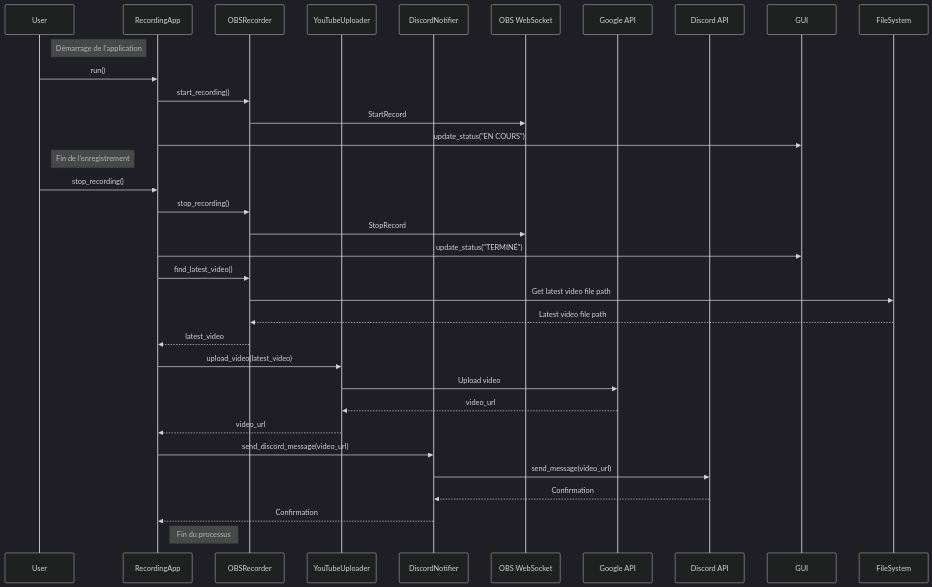
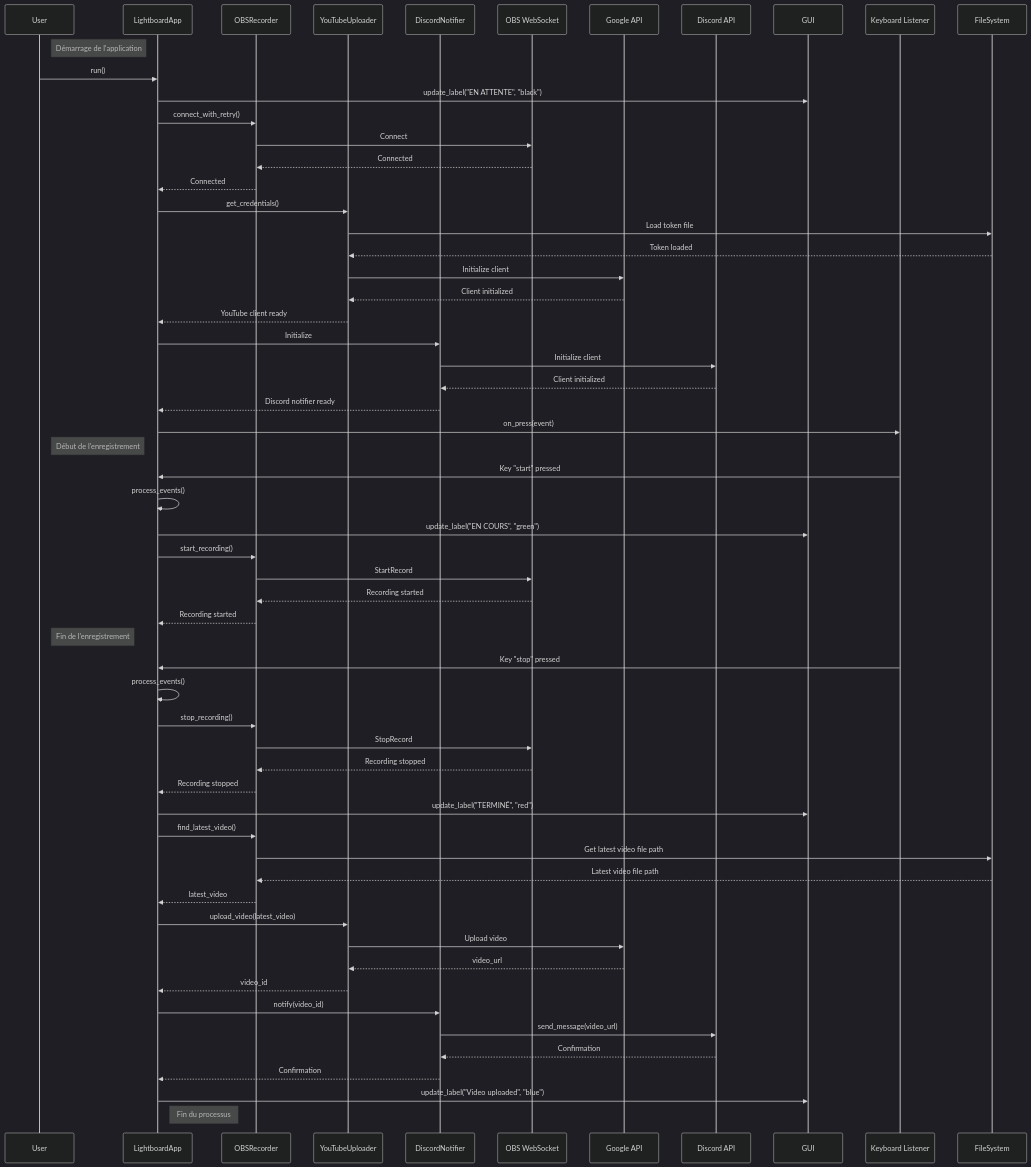
Before and after one commit to Zinebhfs/SIR-Lightboard: the diagram in README.md, drawn with Mermaid (dark theme).

Commit message:
Update diagram sequence

````diff
--- a/README.md
+++ b/README.md
@@ -65,39 +65,69 @@
 ```mermaid
 sequenceDiagram
     participant User
-    participant RecordingApp
+    participant LightboardApp
     participant OBSRecorder
     participant YouTubeUploader
     participant DiscordNotifier
     participant OBSWebSocket as OBS WebSocket
     participant GoogleAPI as Google API
     participant DiscordAPI as Discord API
+    participant GUI
+    participant Keyboard as Keyboard Listener
+    participant FileSystem
 
     Note right of User: Démarrage de l'application
 
-    User ->> RecordingApp: run()
-    RecordingApp ->> OBSRecorder: start_recording()
+    User ->> LightboardApp: run()
+    LightboardApp ->> GUI: update_label("EN ATTENTE", "black")
+    LightboardApp ->> OBSRecorder: connect_with_retry()
+    OBSRecorder ->> OBSWebSocket: Connect
+    OBSWebSocket -->> OBSRecorder: Connected
+    OBSRecorder -->> LightboardApp: Connected
+    LightboardApp ->> YouTubeUploader: get_credentials()
+    YouTubeUploader ->> FileSystem: Load token file
+    FileSystem -->> YouTubeUploader: Token loaded
+    YouTubeUploader ->> GoogleAPI: Initialize client
+    GoogleAPI -->> YouTubeUploader: Client initialized
+    YouTubeUploader -->> LightboardApp: YouTube client ready
+    LightboardApp ->> DiscordNotifier: Initialize
+    DiscordNotifier ->> DiscordAPI: Initialize client
+    DiscordAPI -->> DiscordNotifier: Client initialized
+    DiscordNotifier -->> LightboardApp: Discord notifier ready
+    LightboardApp ->> Keyboard: on_press(event)
+
+    Note right of User: Début de l'enregistrement
+
+    Keyboard ->> LightboardApp: Key "start" pressed
+    LightboardApp ->> LightboardApp: process_events()
+    LightboardApp ->> GUI: update_label("EN COURS", "green")
+    LightboardApp ->> OBSRecorder: start_recording()
     OBSRecorder ->> OBSWebSocket: StartRecord
-    RecordingApp ->> GUI: update_status("EN COURS")
+    OBSWebSocket -->> OBSRecorder: Recording started
+    OBSRecorder -->> LightboardApp: Recording started
 
     Note right of User: Fin de l'enregistrement
 
-    User ->> RecordingApp: stop_recording()
-    RecordingApp ->> OBSRecorder: stop_recording()
+    Keyboard ->> LightboardApp: Key "stop" pressed
+    LightboardApp ->> LightboardApp: process_events()
+    LightboardApp ->> OBSRecorder: stop_recording()
     OBSRecorder ->> OBSWebSocket: StopRecord
-    RecordingApp ->> GUI: update_status("TERMINÉ")
-    RecordingApp ->> OBSRecorder: find_latest_video()
+    OBSWebSocket -->> OBSRecorder: Recording stopped
+    OBSRecorder -->> LightboardApp: Recording stopped
+    LightboardApp ->> GUI: update_label("TERMINÉ", "red")
+    LightboardApp ->> OBSRecorder: find_latest_video()
     OBSRecorder ->> FileSystem: Get latest video file path
     FileSystem -->> OBSRecorder: Latest video file path
-    OBSRecorder -->> RecordingApp: latest_video
-    RecordingApp ->> YouTubeUploader: upload_video(latest_video)
+    OBSRecorder -->> LightboardApp: latest_video
+    LightboardApp ->> YouTubeUploader: upload_video(latest_video)
     YouTubeUploader ->> GoogleAPI: Upload video
     GoogleAPI -->> YouTubeUploader: video_url
-    YouTubeUploader -->> RecordingApp: video_url
-    RecordingApp ->> DiscordNotifier: send_discord_message(video_url)
+    YouTubeUploader -->> LightboardApp: video_id
+    LightboardApp ->> DiscordNotifier: notify(video_id)
     DiscordNotifier ->> DiscordAPI: send_message(video_url)
     DiscordAPI -->> DiscordNotifier: Confirmation
-    DiscordNotifier -->> RecordingApp: Confirmation
+    DiscordNotifier -->> LightboardApp: Confirmation
+    LightboardApp ->> GUI: update_label("Video uploaded", "blue")
 
-    Note right of RecordingApp: Fin du processus
+    Note right of LightboardApp: Fin du processus
 ```
````
